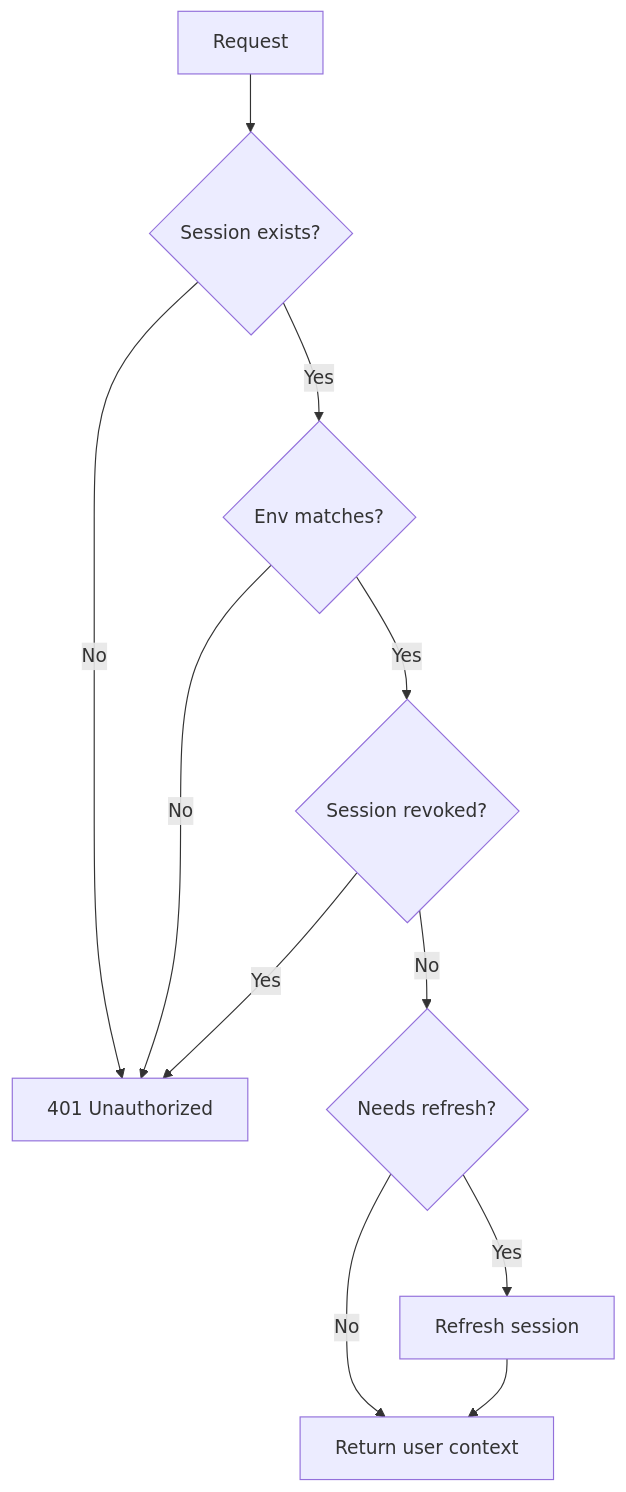
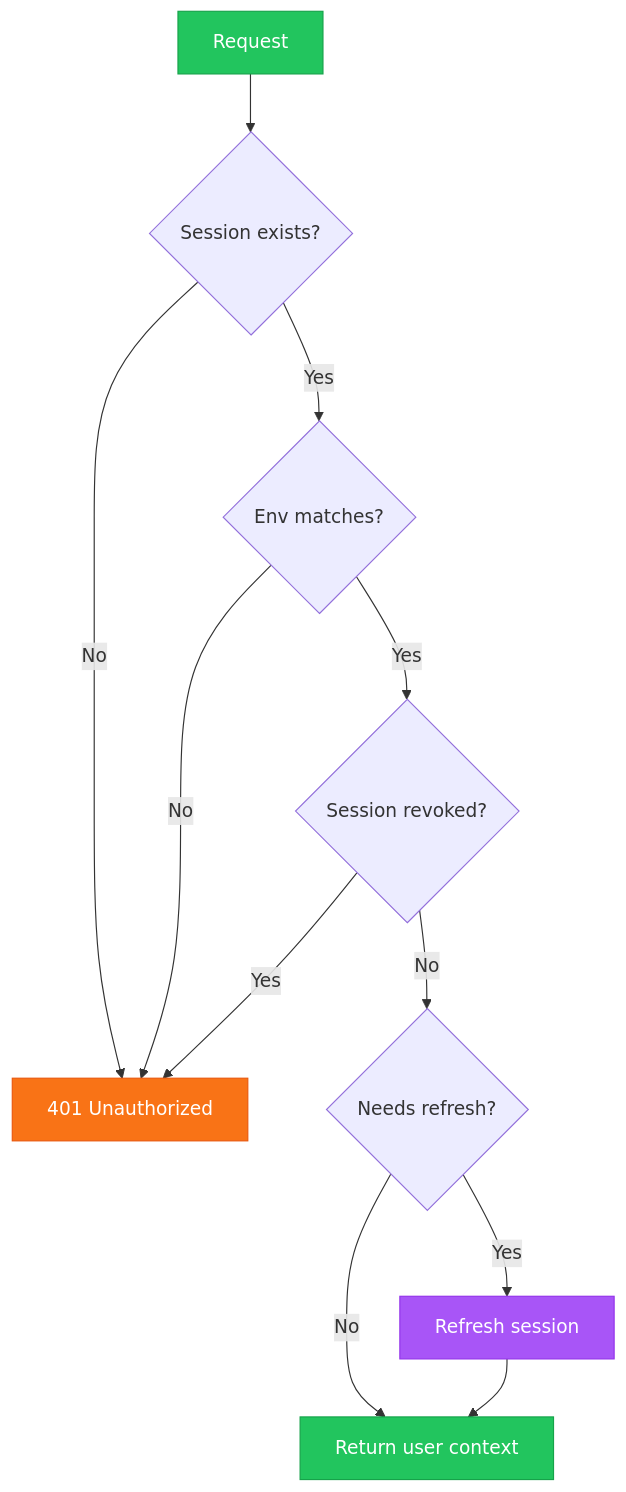
The fifth of 5 diagrams in docs/project/03-authentication.md (Natural-Highs/live), drawn with Mermaid before and after one commit. The commit also changed other lines of this file and 11 other files, not shown here.

````diff
--- a/docs/project/03-authentication.md
+++ b/docs/project/03-authentication.md
@@ -220,13 +236,18 @@
 ```mermaid
 flowchart TD
     REQ[Request] --> CHECK_SESSION{Session exists?}
     CHECK_SESSION -->|No| REJECT[401 Unauthorized]
     CHECK_SESSION -->|Yes| CHECK_ENV{Env matches?}
     CHECK_ENV -->|No| REJECT
     CHECK_ENV -->|Yes| CHECK_REVOKE{Session revoked?}
     CHECK_REVOKE -->|Yes| REJECT
     CHECK_REVOKE -->|No| CHECK_REFRESH{Needs refresh?}
     CHECK_REFRESH -->|Yes| REFRESH[Refresh session]
     CHECK_REFRESH -->|No| CONTINUE
     REFRESH --> CONTINUE[Return user context]
+
+    style REQ fill:#22c55e,stroke:#16a34a,color:#fff
+    style REJECT fill:#f97316,stroke:#ea580c,color:#fff
+    style REFRESH fill:#a855f7,stroke:#9333ea,color:#fff
+    style CONTINUE fill:#22c55e,stroke:#16a34a,color:#fff
 ```
````
